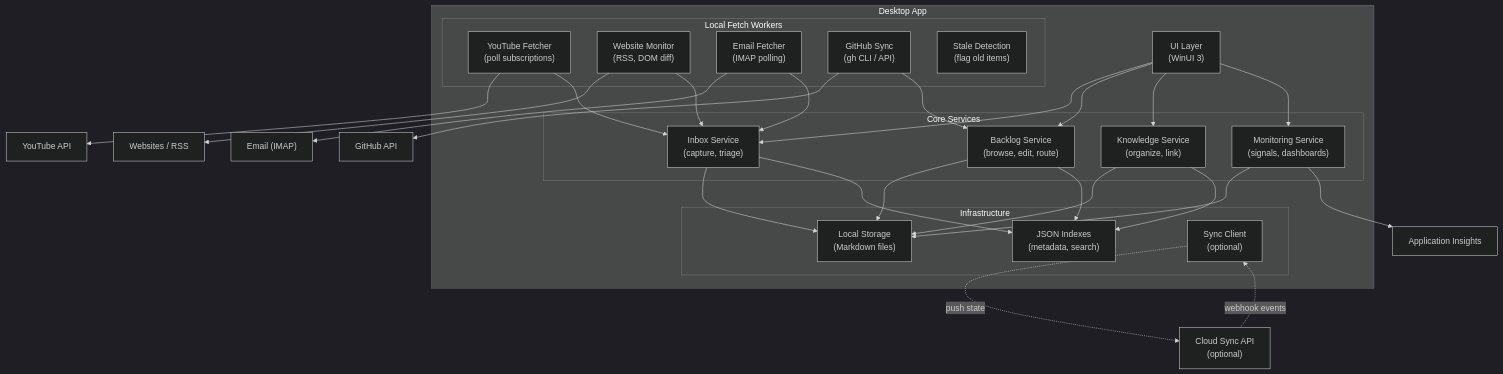
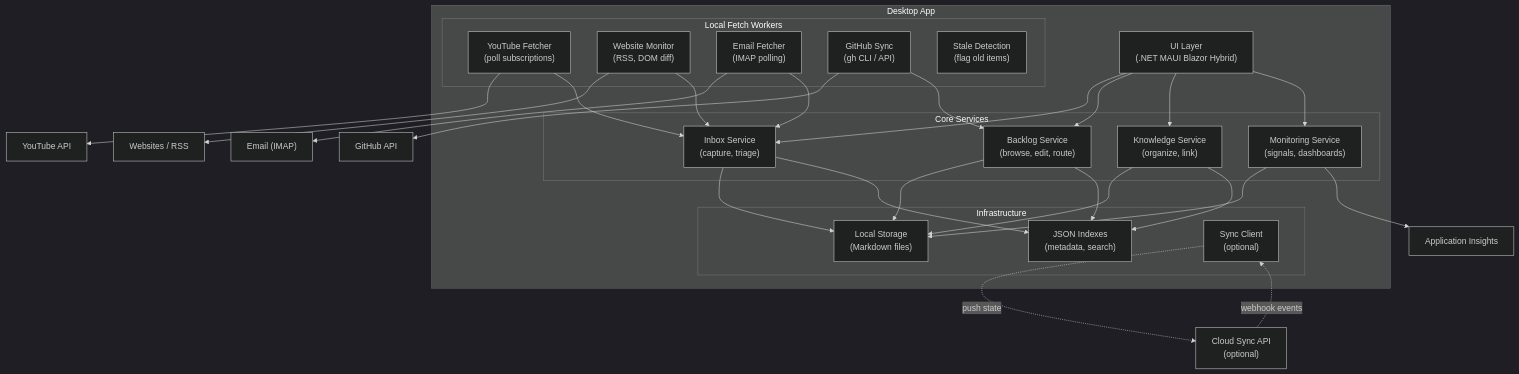
Before and after one commit to JSdotNet/Backlog: the third of 6 diagrams in .arc42/05-building-block-view.md, drawn with Mermaid (dark theme). The commit also changed other lines of this file, not shown here.

First line of the commit message:
docs: propagate MAUI Blazor Hybrid desktop choice into building-block-view

````diff
--- a/.arc42/05-building-block-view.md
+++ b/.arc42/05-building-block-view.md
@@ -167,62 +167,62 @@
 ```mermaid
 graph TB
   subgraph "Desktop App"
-    UI["UI Layer\n(WinUI 3)"]
+    UI["UI Layer\n(.NET MAUI Blazor Hybrid)"]
 
     subgraph "Core Services"
       Inbox["Inbox Service\n(capture, triage)"]
       Backlog["Backlog Service\n(browse, edit, route)"]
       Knowledge["Knowledge Service\n(organize, link)"]
       Monitoring["Monitoring Service\n(signals, dashboards)"]
     end
 
     subgraph "Local Fetch Workers"
       YTWorker["YouTube Fetcher\n(poll subscriptions)"]
       WebWorker["Website Monitor\n(RSS, DOM diff)"]
       EmailWorker["Email Fetcher\n(IMAP polling)"]
       GitHubWorker["GitHub Sync\n(gh CLI / API)"]
       StaleWorker["Stale Detection\n(flag old items)"]
     end
 
     subgraph "Infrastructure"
       LocalStore["Local Storage\n(Markdown files)"]
       JsonIndex["JSON Indexes\n(metadata, search)"]
       SyncClient["Sync Client\n(optional)"]
     end
   end
 
   SyncAPI["Cloud Sync API\n(optional)"]
   GitHub["GitHub API"]
   YouTube["YouTube API"]
   Websites["Websites / RSS"]
   Email["Email (IMAP)"]
   AppInsights["Application Insights"]
 
   UI --> Inbox
   UI --> Backlog
   UI --> Knowledge
   UI --> Monitoring
 
   Inbox --> LocalStore
   Backlog --> LocalStore
   Knowledge --> LocalStore
   Monitoring --> LocalStore
 
   Inbox --> JsonIndex
   Backlog --> JsonIndex
   Knowledge --> JsonIndex
 
   YTWorker --> YouTube
   WebWorker --> Websites
   EmailWorker --> Email
   GitHubWorker --> GitHub
 
   YTWorker --> Inbox
   WebWorker --> Inbox
   EmailWorker --> Inbox
   GitHubWorker --> Backlog
 
   SyncClient -.->|push state| SyncAPI
   SyncAPI -.->|webhook events| SyncClient
   Monitoring --> AppInsights
 ```
````
